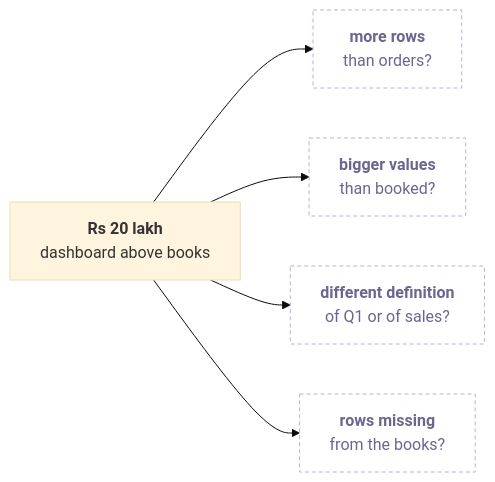
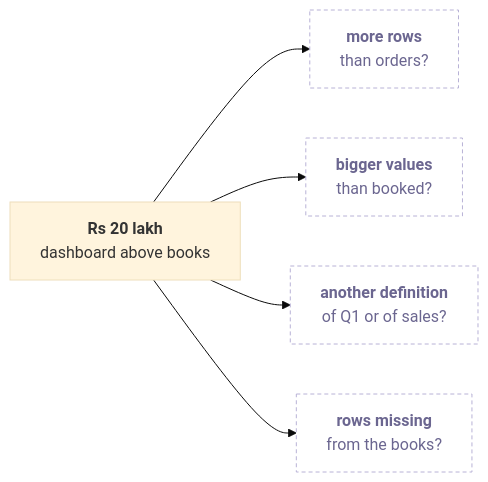
Before and after one commit to fde-academy-lab/c2-content-factory: the first of 19 diagrams in content/W01/D3/slides/C2_W01_D03_half1_STUDENT.md, drawn with Mermaid (base theme). The commit also changed other lines of this file and 10 other files, not shown here.

````diff
--- a/content/W01/D3/slides/C2_W01_D03_half1_STUDENT.md
+++ b/content/W01/D3/slides/C2_W01_D03_half1_STUDENT.md
@@ -74,9 +65,9 @@
 ```mermaid
 flowchart LR
     G["<b>Rs 20 lakh</b><br/>dashboard above books"] --> U["<b>more rows</b><br/>than orders?"]
     G --> V["<b>bigger values</b><br/>than booked?"]
-    G --> D["<b>different definition</b><br/>of Q1 or of sales?"]
+    G --> D["<b>another definition</b><br/>of Q1 or of sales?"]
     G --> L["<b>rows missing</b><br/>from the books?"]
     classDef unknown fill:#FFFFFF,stroke:#B8B2D6,color:#6B6690,stroke-dasharray:4 3
     class U,V,D,L unknown
 ```
````
